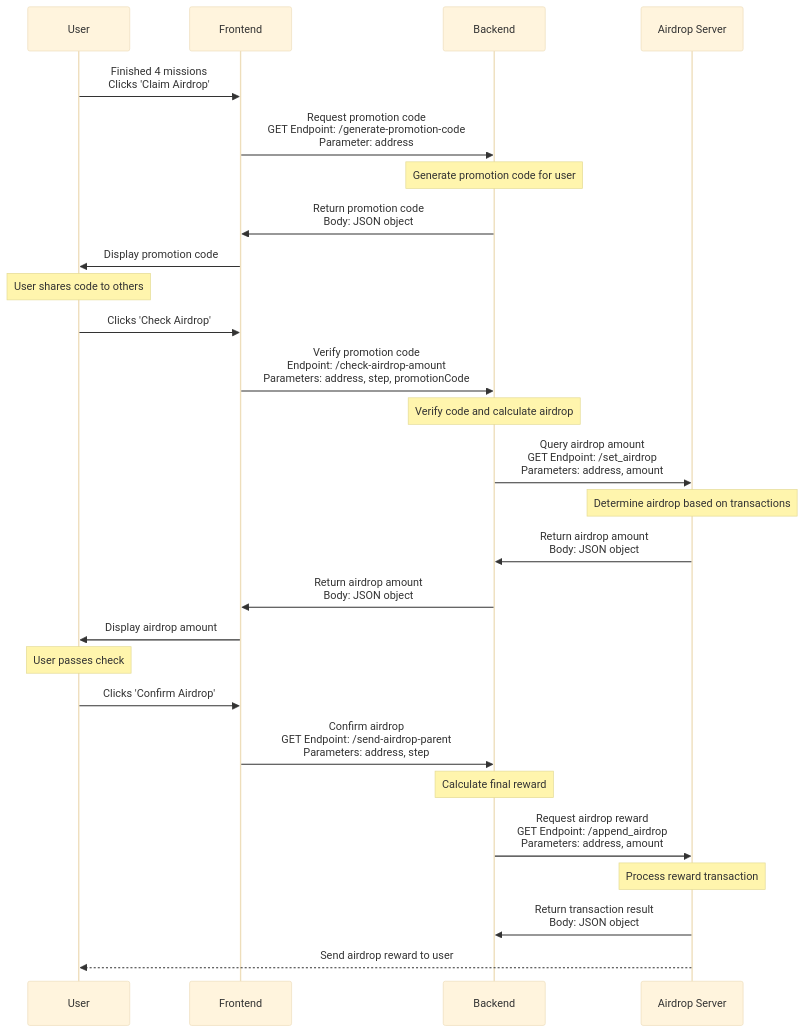
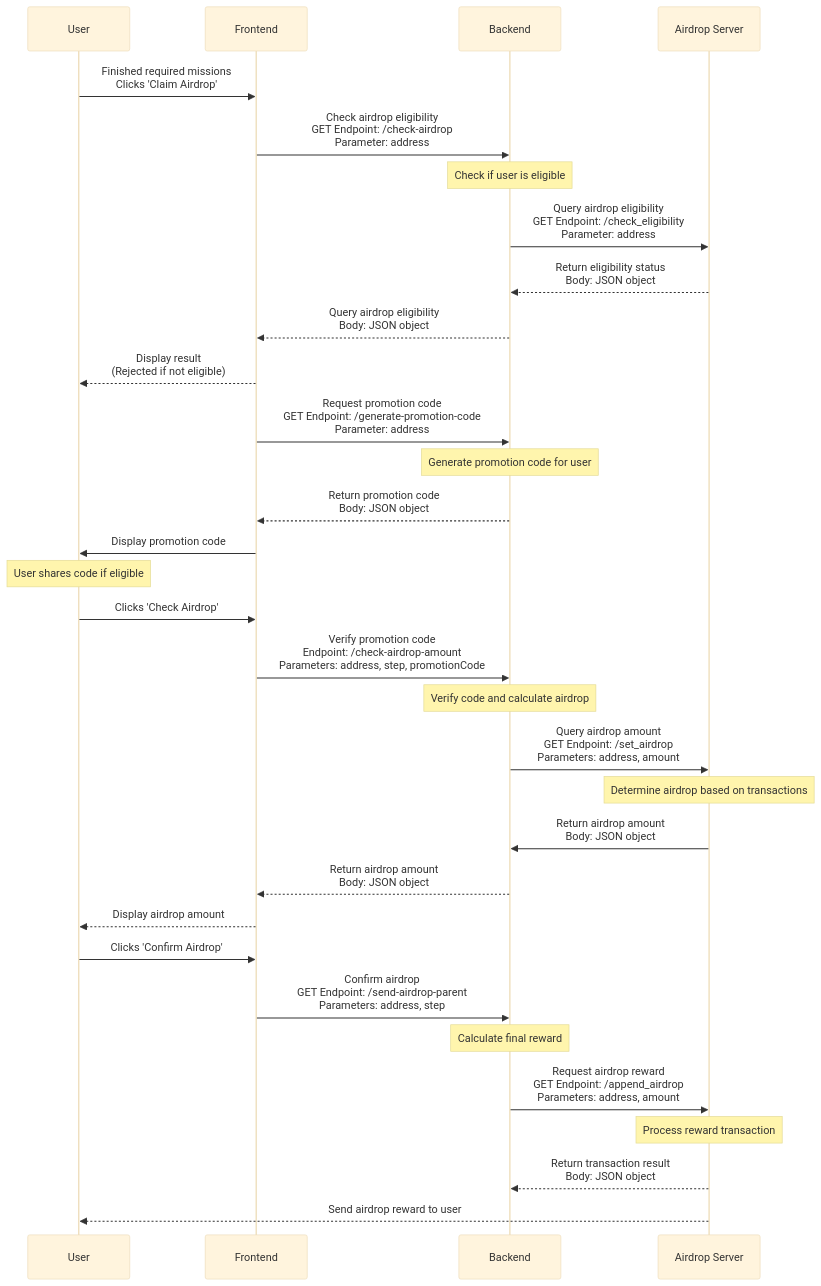
Before and after one commit to BTI-US/Lotso-Twitter-Auth: the second of 2 diagrams in README.md, drawn with Mermaid (base theme). The commit also changed other lines of this file and 6 other files, not shown here.

````diff
--- a/README.md
+++ b/README.md
@@ -80,31 +80,37 @@
 ```mermaid
 sequenceDiagram
     participant U as User
     participant F as Frontend
     participant B as Backend
     participant S as Airdrop Server
 
-    U->>F: Finished 4 missions <br>Clicks 'Claim Airdrop'
+    U->>F: Finished required missions <br>Clicks 'Claim Airdrop'
+    F->>B: Check airdrop eligibility <br>GET Endpoint: /check-airdrop <br>Parameter: address
+    note over B: Check if user is eligible
+    B->>S: Query airdrop eligibility <br>GET Endpoint: /check_eligibility <br>Parameter: address
+    S-->>B: Return eligibility status <br>Body: JSON object
+    B-->>F: Query airdrop eligibility <br>Body: JSON object
+    F-->>U: Display result <br>(Rejected if not eligible)
     F->>B: Request promotion code <br>GET Endpoint: /generate-promotion-code <br>Parameter: address
     note over B: Generate promotion code for user
-    B->>F: Return promotion code <br>Body: JSON object
+    B-->>F: Return promotion code <br>Body: JSON object
     F->>U: Display promotion code
-    note over U: User shares code to others
+
+    note over U: User shares code if eligible
     U->>F: Clicks 'Check Airdrop'
     F->>B: Verify promotion code <br>Endpoint: /check-airdrop-amount <br>Parameters: address, step, promotionCode
     note over B: Verify code and calculate airdrop
     B->>S: Query airdrop amount <br>GET Endpoint: /set_airdrop <br>Parameters: address, amount
     note over S: Determine airdrop based on transactions
     S->>B: Return airdrop amount <br>Body: JSON object
-    B->>F: Return airdrop amount <br>Body: JSON object
-    F->>U: Display airdrop amount
-    note over U: User passes check
+    B-->>F: Return airdrop amount <br>Body: JSON object
+    F-->>U: Display airdrop amount
+
     U->>F: Clicks 'Confirm Airdrop'
     F->>B: Confirm airdrop <br>GET Endpoint: /send-airdrop-parent <br>Parameters: address, step
     note over B: Calculate final reward
     B->>S: Request airdrop reward <br>GET Endpoint: /append_airdrop <br>Parameters: address, amount
     note over S: Process reward transaction
-    S->>B: Return transaction result <br>Body: JSON object
+    S-->>B: Return transaction result <br>Body: JSON object
     S-->>U: Send airdrop reward to user
-
 ```
````
